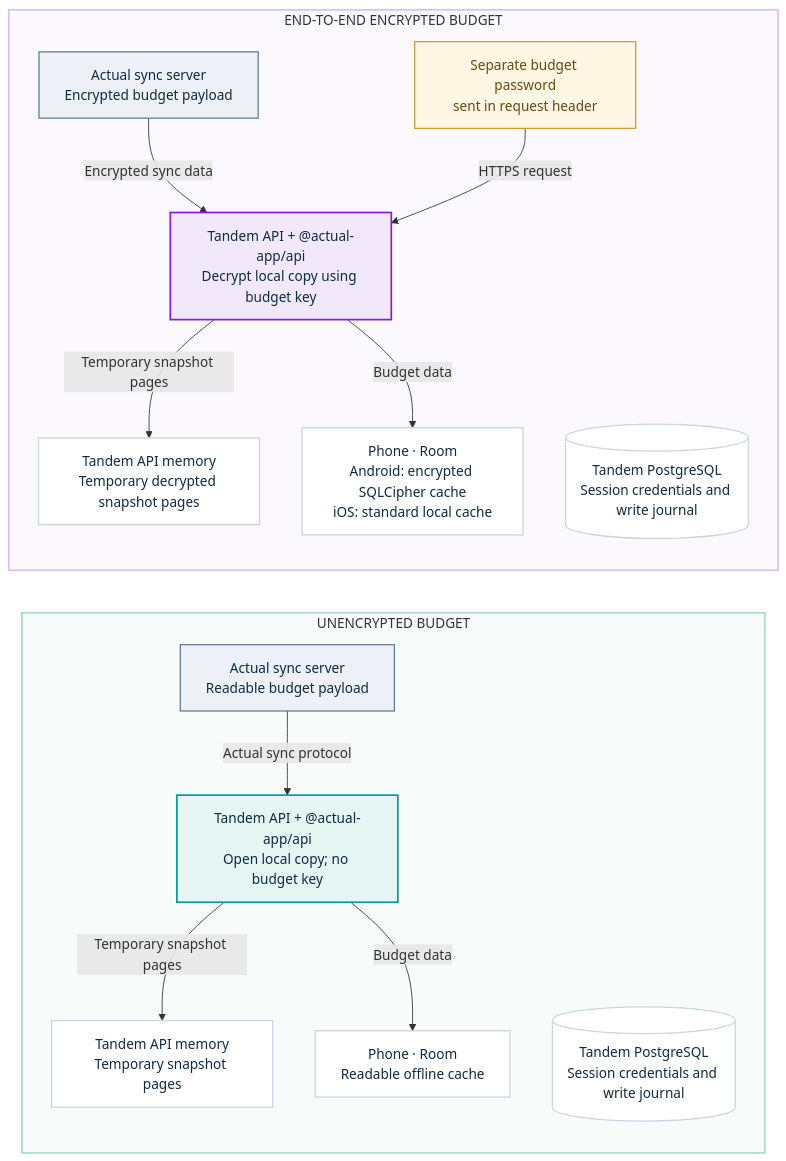
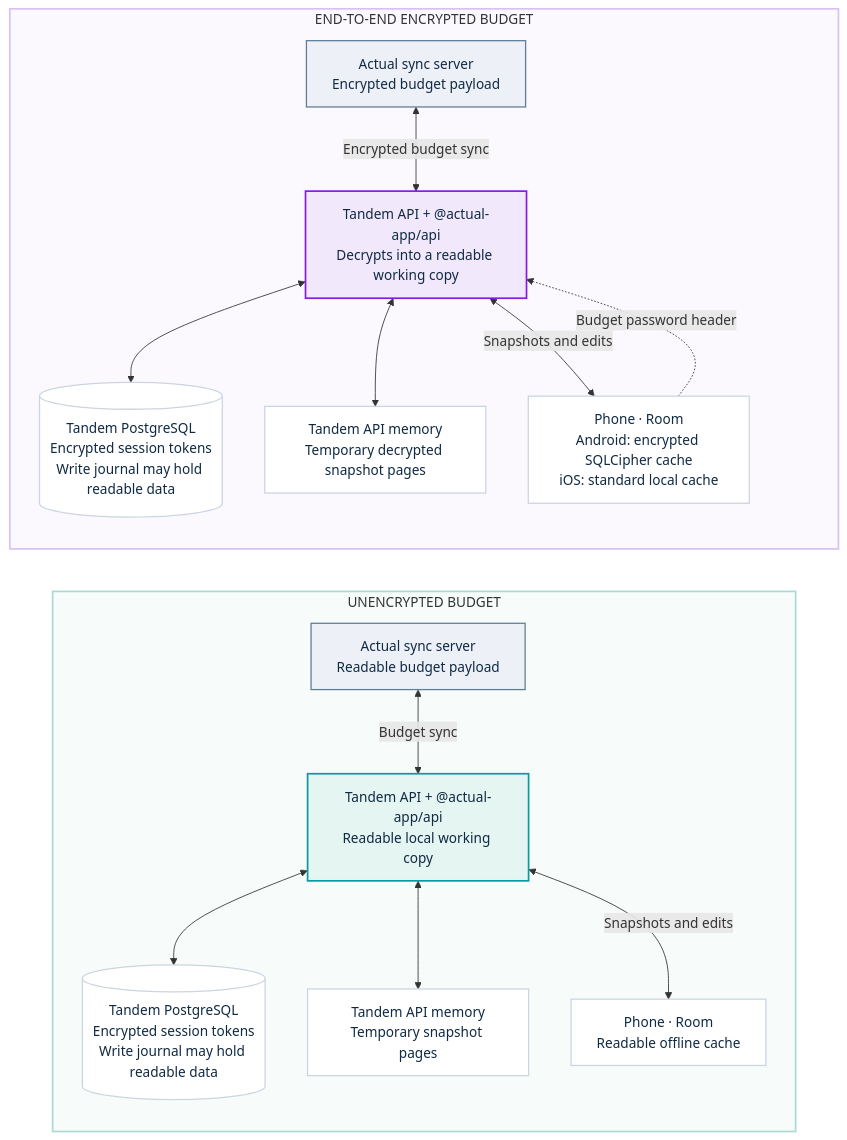
Before and after one commit to Nischay-Pro/tandem: the diagram in docs/concepts/architecture-and-trust.md, drawn with Mermaid. The commit also changed other lines of this file and 1 other file, not shown here.

Commit message:
docs: clarify budget storage and sync diagrams

````diff
--- a/docs/concepts/architecture-and-trust.md
+++ b/docs/concepts/architecture-and-trust.md
@@ -44,41 +44,40 @@
 ```mermaid
 flowchart LR
   subgraph plain["UNENCRYPTED BUDGET"]
     direction TB
     plainServer["Actual sync server<br/>Readable budget payload"]
-    plainApi["Tandem API + @actual-app/api<br/>Open local copy; no budget key"]
-    plainDb[("Tandem PostgreSQL<br/>Session credentials and write journal")]
+    plainApi["Tandem API + @actual-app/api<br/>Readable local working copy"]
+    plainDb[("Tandem PostgreSQL<br/>Encrypted session tokens<br/>Write journal may hold readable data")]
     plainMemory["Tandem API memory<br/>Temporary snapshot pages"]
     plainPhone["Phone · Room<br/>Readable offline cache"]
-    plainServer -->|"Actual sync protocol"| plainApi
-    plainApi -->|"Temporary snapshot pages"| plainMemory
-    plainApi -->|"Budget data"| plainPhone
+    plainServer <-->|"Budget sync"| plainApi
+    plainApi <--> plainDb
+    plainApi <--> plainMemory
+    plainApi <-->|"Snapshots and edits"| plainPhone
   end
 
   subgraph encrypted["END-TO-END ENCRYPTED BUDGET"]
     direction TB
     encryptedServer["Actual sync server<br/>Encrypted budget payload"]
-    encryptedApi["Tandem API + @actual-app/api<br/>Decrypt local copy using budget key"]
-    encryptedDb[("Tandem PostgreSQL<br/>Session credentials and write journal")]
+    encryptedApi["Tandem API + @actual-app/api<br/>Decrypts into a readable working copy"]
+    encryptedDb[("Tandem PostgreSQL<br/>Encrypted session tokens<br/>Write journal may hold readable data")]
     encryptedMemory["Tandem API memory<br/>Temporary decrypted snapshot pages"]
     encryptedPhone["Phone · Room<br/>Android: encrypted SQLCipher cache<br/>iOS: standard local cache"]
-    budgetKey["Separate budget password<br/>sent in request header"]
-    encryptedServer -->|"Encrypted sync data"| encryptedApi
-    budgetKey -->|"HTTPS request"| encryptedApi
-    encryptedApi -->|"Temporary snapshot pages"| encryptedMemory
-    encryptedApi -->|"Budget data"| encryptedPhone
+    encryptedServer <-->|"Encrypted budget sync"| encryptedApi
+    encryptedApi <--> encryptedDb
+    encryptedApi <--> encryptedMemory
+    encryptedApi <-->|"Snapshots and edits"| encryptedPhone
+    encryptedPhone -.->|"Budget password header"| encryptedApi
   end
 
   classDef server fill:#EDF1F7,stroke:#627D98,color:#102A43,stroke-width:1.5px;
   classDef plainService fill:#E4F5F2,stroke:#079AA2,color:#102A43,stroke-width:2px;
   classDef encryptedService fill:#F2E8FC,stroke:#8719E0,color:#102A43,stroke-width:2px;
   classDef store fill:#FFFFFF,stroke:#CBD5E1,color:#102A43,stroke-width:1.5px;
-  classDef secret fill:#FFF6E3,stroke:#D39B26,color:#664A12,stroke-width:1.5px;
   class plainServer,encryptedServer server;
   class plainApi plainService;
   class encryptedApi encryptedService;
   class plainDb,plainMemory,plainPhone,encryptedDb,encryptedMemory,encryptedPhone store;
-  class budgetKey secret;
   style plain fill:#F7FBFA,stroke:#A9DAD5,stroke-width:2px;
   style encrypted fill:#FBF8FE,stroke:#D9C0F2,stroke-width:2px;
 ```
````
